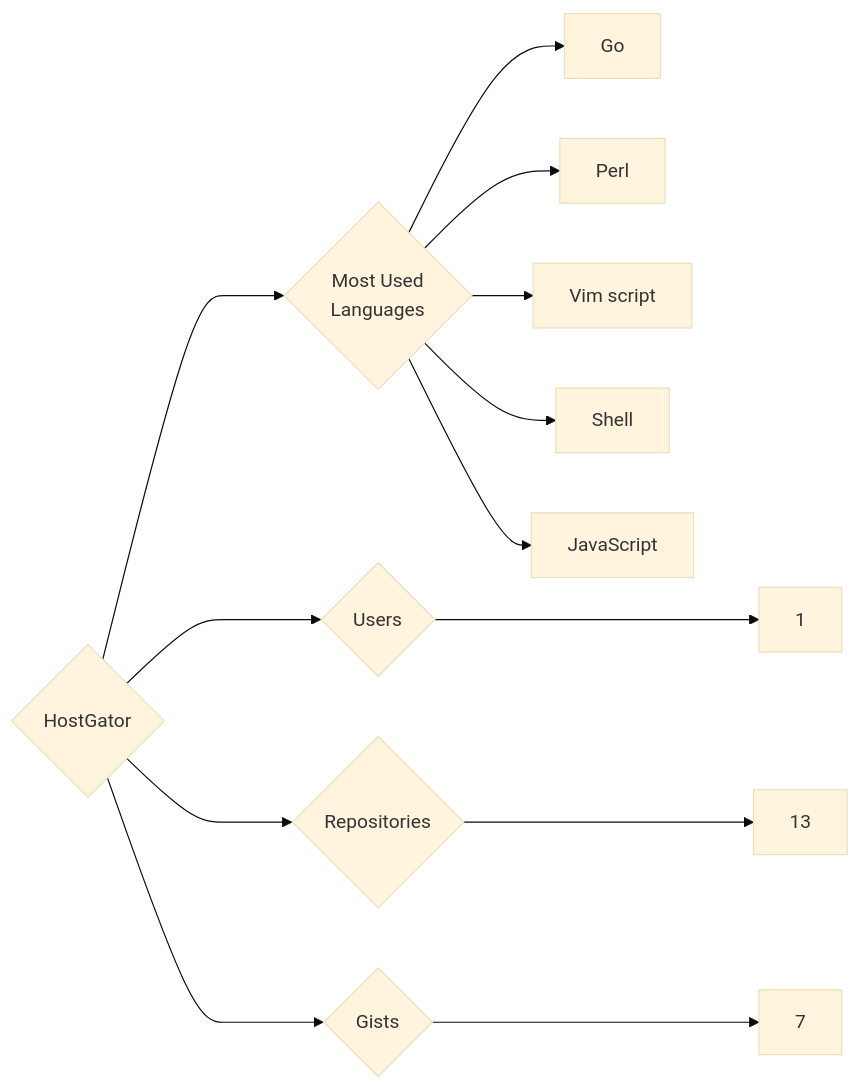
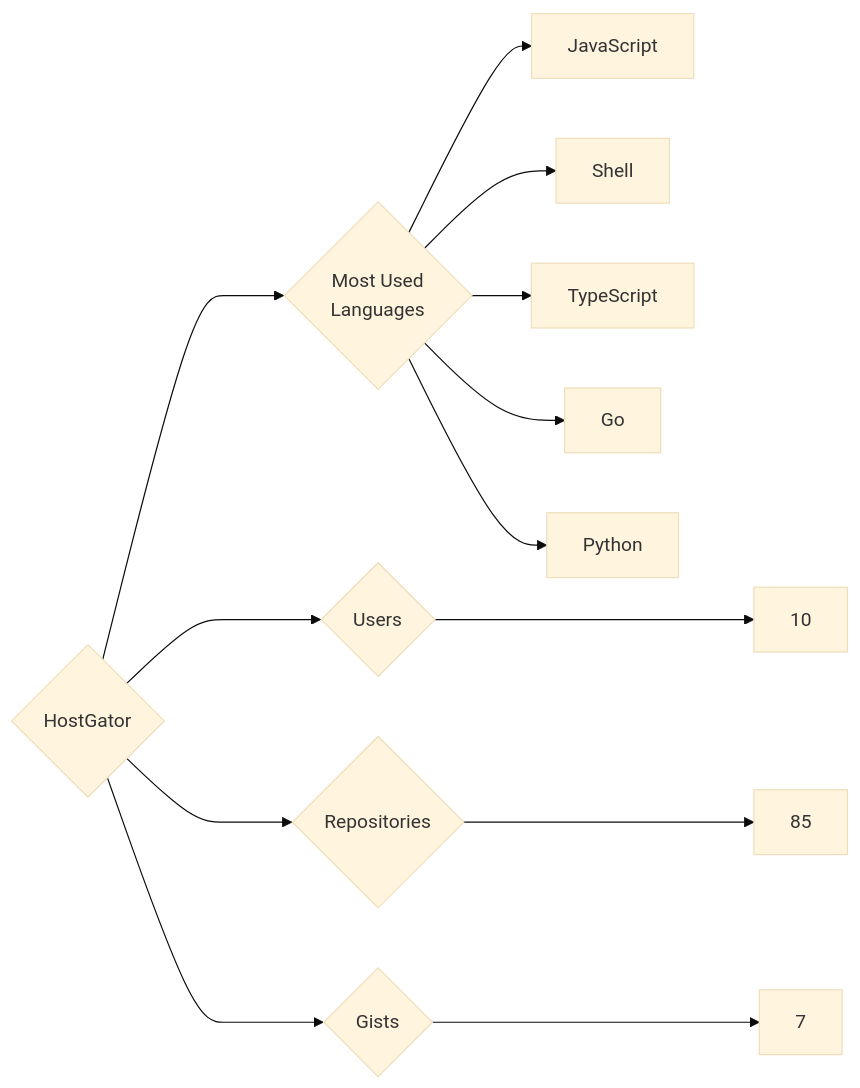
One commit to trickest/insiders changed the diagram in targets/HostGator/README.md. Above: the diagram before and after it, drawn with Mermaid (base theme). The commit also changed 838 other files, not shown here.

````diff
--- a/targets/HostGator/README.md
+++ b/targets/HostGator/README.md
@@ -3,13 +3,13 @@
 ```mermaid
 graph LR
 COMPANY_NAME{HostGator}
-COMPANY_NAME ---> U{Users} ---> UN[1]
-COMPANY_NAME ---> R{Repositories} ---> RN[13]
+COMPANY_NAME ---> U{Users} ---> UN[10]
+COMPANY_NAME ---> R{Repositories} ---> RN[85]
 COMPANY_NAME ---> G{Gists} ---> GN[7]
 COMPANY_NAME ---> ML{Most Used<br>Languages}
+ML --> JavaScript[JavaScript]
+ML --> Shell[Shell]
+ML --> TypeScript[TypeScript]
 ML --> Go[Go]
-ML --> Perl[Perl]
-ML --> Vim_script[Vim script]
-ML --> Shell[Shell]
-ML --> JavaScript[JavaScript]
+ML --> Python[Python]
 ```
````
